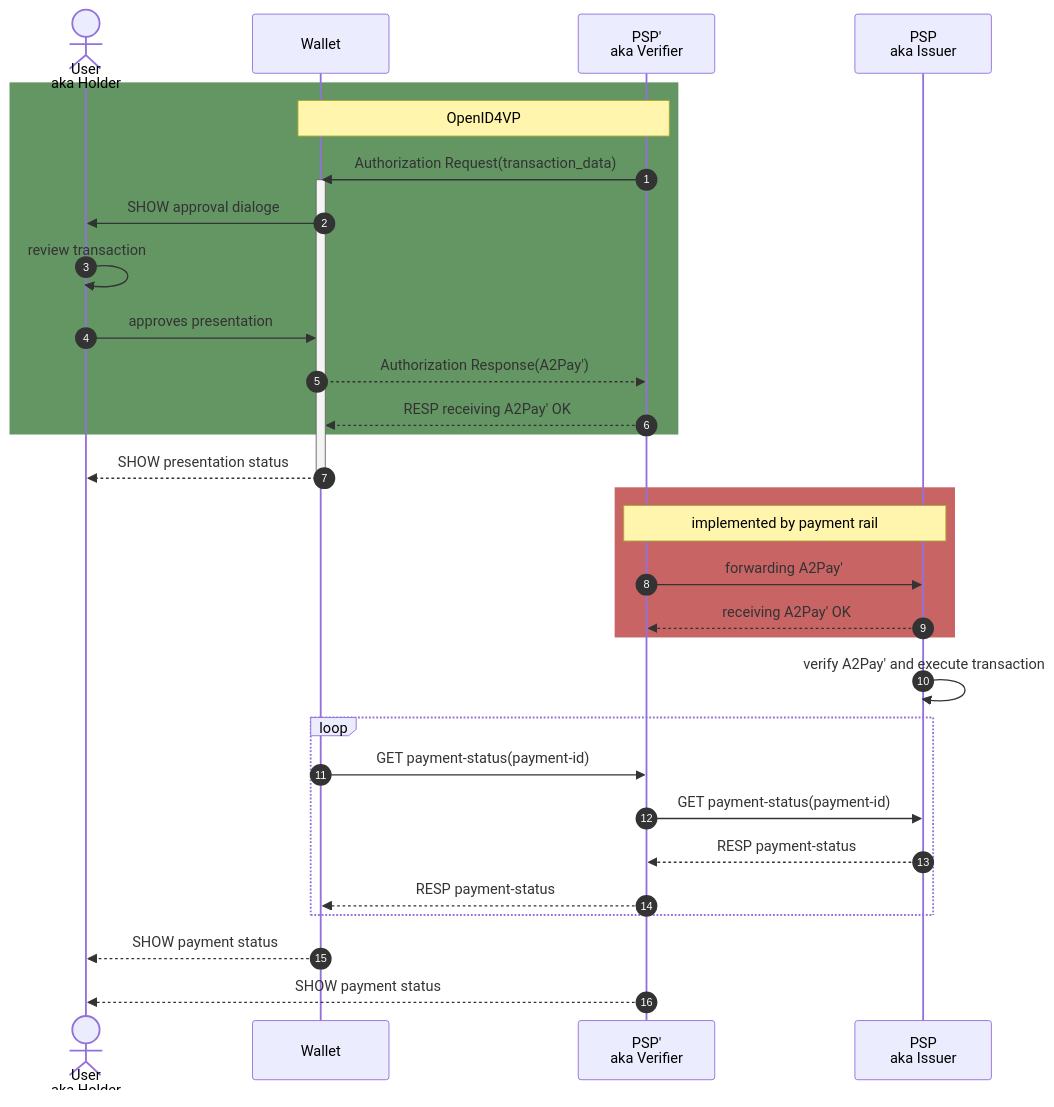
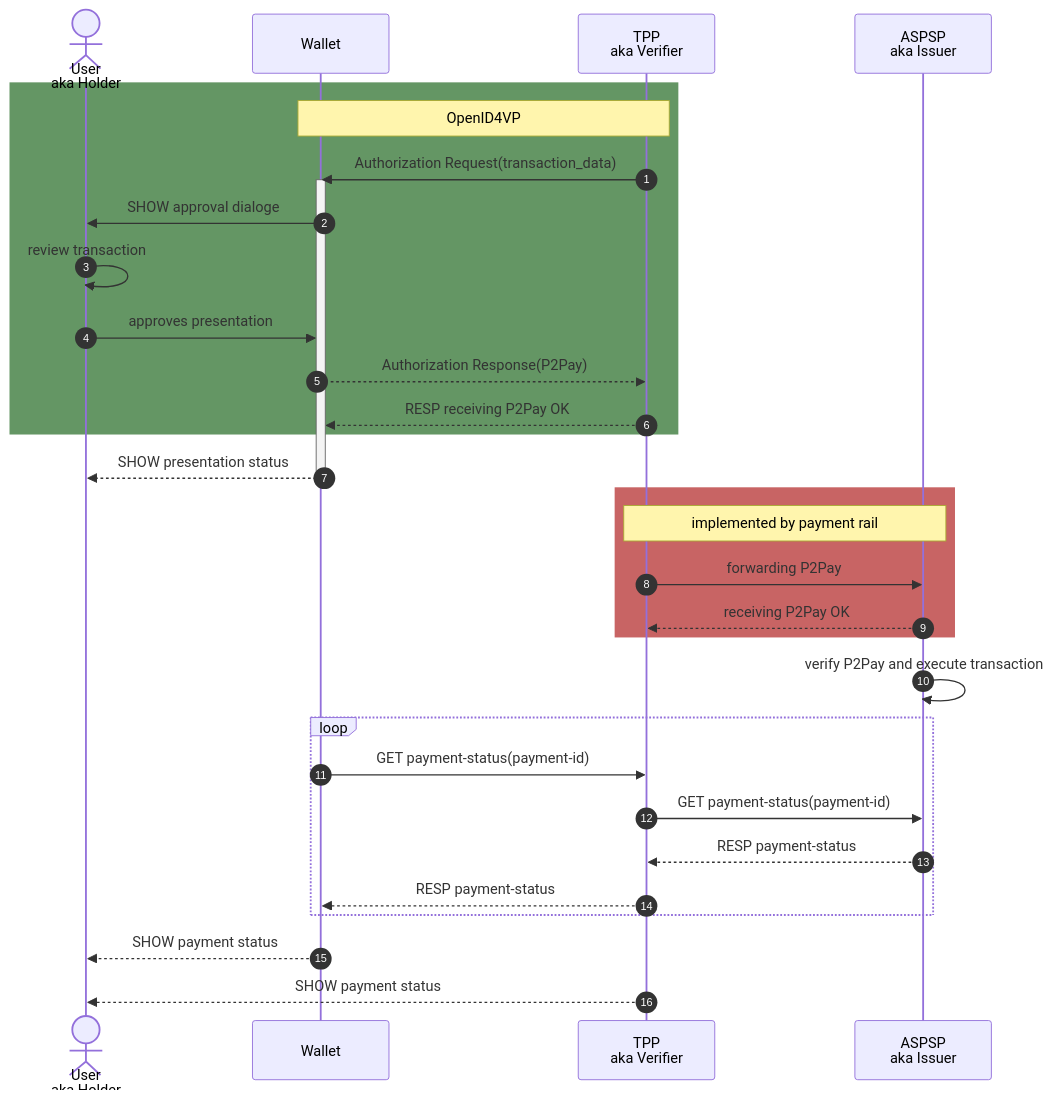
One commit to nobid-consortium/payment-reference-documentation changed the second of 2 diagrams in payment-reference-doc.md. Above: the diagram before and after it, drawn with Mermaid. The commit also changed other lines of this file, not shown here.

````diff
--- a/payment-reference-doc.md
+++ b/payment-reference-doc.md
@@ -320,35 +331,35 @@
 ```mermaid
 
 sequenceDiagram
     autonumber
     actor user as User<br/>aka Holder
     participant wallet as Wallet
-    participant psp2 as PSP'<br/>aka Verifier
-    participant psp as PSP<br/>aka Issuer
+    participant psp2 as TPP<br/>aka Verifier
+    participant psp as ASPSP<br/>aka Issuer
     rect rgb(100, 150, 100)
     note over wallet, psp2: OpenID4VP
     psp2 ->> wallet: Authorization Request(transaction_data)
     activate wallet
     wallet ->> user: SHOW approval dialoge
     user ->> user: review transaction
     user ->> wallet: approves presentation
-    wallet -->> psp2: Authorization Response(A2Pay')
-    psp2 -->> wallet: RESP receiving A2Pay' OK
+    wallet -->> psp2: Authorization Response(P2Pay)
+    psp2 -->> wallet: RESP receiving P2Pay OK
     end
     wallet -->> user: SHOW presentation status
     deactivate wallet
     rect rgb(200, 100, 100)
     note over psp, psp2: implemented by payment rail 
-    psp2 ->> psp: forwarding A2Pay'
-    psp -->> psp2: receiving A2Pay' OK
+    psp2 ->> psp: forwarding P2Pay
+    psp -->> psp2: receiving P2Pay OK
     end
-    psp ->> psp: verify A2Pay' and execute transaction
+    psp ->> psp: verify P2Pay and execute transaction
     loop
     wallet ->> psp2: GET payment-status(payment-id)
     psp2 ->> psp: GET payment-status(payment-id)
     psp -->> psp2: RESP payment-status 
     psp2 -->> wallet: RESP payment-status
     end
     wallet -->> user: SHOW payment status
     psp2 -->> user: SHOW payment status
 ```
````
